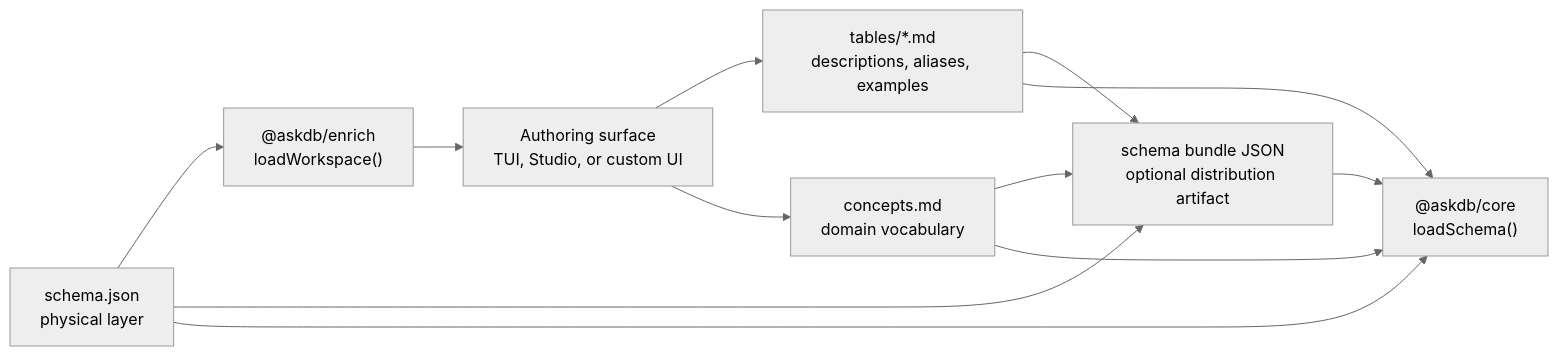
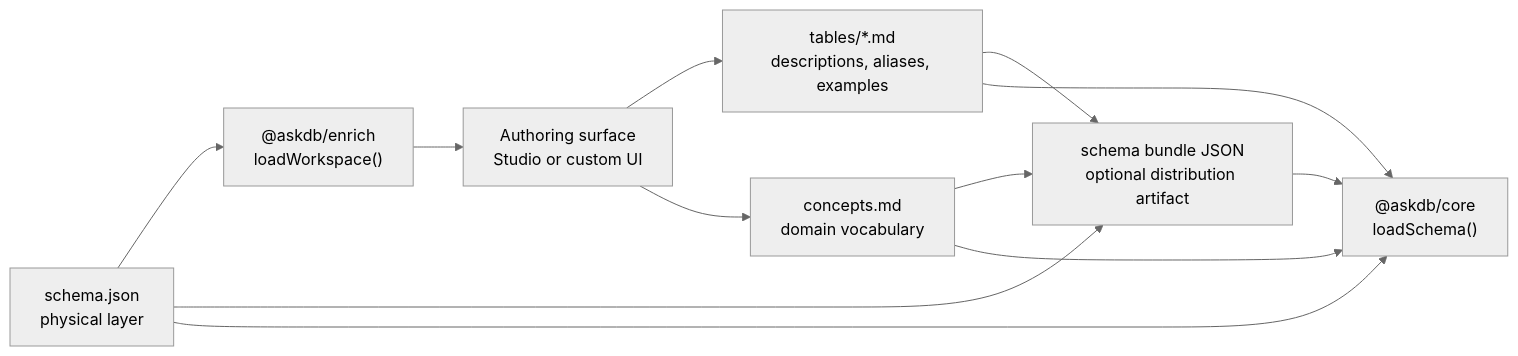
Before and after one commit to Ygilany/AskDB: the sixth of 7 diagrams in docs/architecture.md, drawn with Mermaid (neutral theme). The commit also changed other lines of this file and 71 other files, not shown here.

First line of the commit message:
feat!: retire @askdb/tui in favor of Studio (#165)

````diff
--- a/docs/architecture.md
+++ b/docs/architecture.md
@@ -278,22 +271,22 @@
 ```mermaid
 flowchart LR
   physical["schema.json<br/>physical layer"]
   workspace["@askdb/enrich<br/>loadWorkspace()"]
-  authoring["Authoring surface<br/>TUI, Studio, or custom UI"]
+  authoring["Authoring surface<br/>Studio or custom UI"]
   tables["tables/*.md<br/>descriptions, aliases, examples"]
   concepts["concepts.md<br/>domain vocabulary"]
   bundle["schema bundle JSON<br/>optional distribution artifact"]
   core["@askdb/core<br/>loadSchema()"]
 
   physical --> workspace
   workspace --> authoring
   authoring --> tables
   authoring --> concepts
   physical --> bundle
   tables --> bundle
   concepts --> bundle
   physical --> core
   tables --> core
   concepts --> core
   bundle --> core
 ```
````
